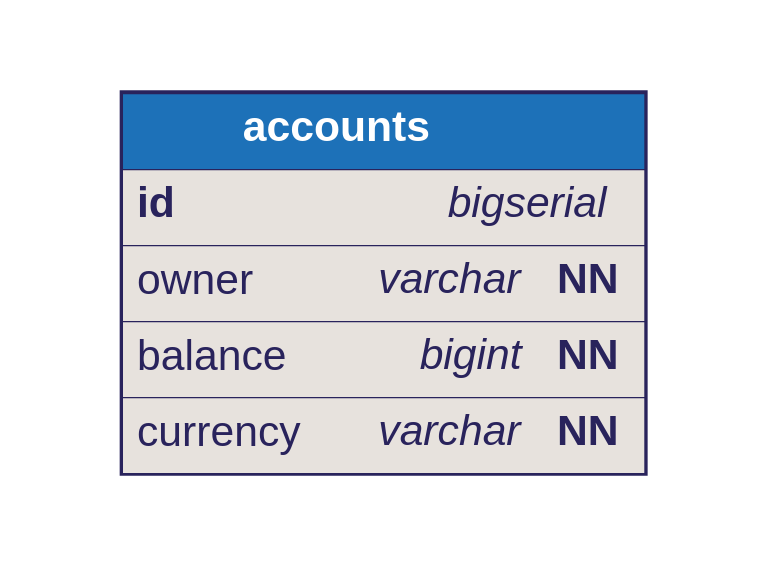
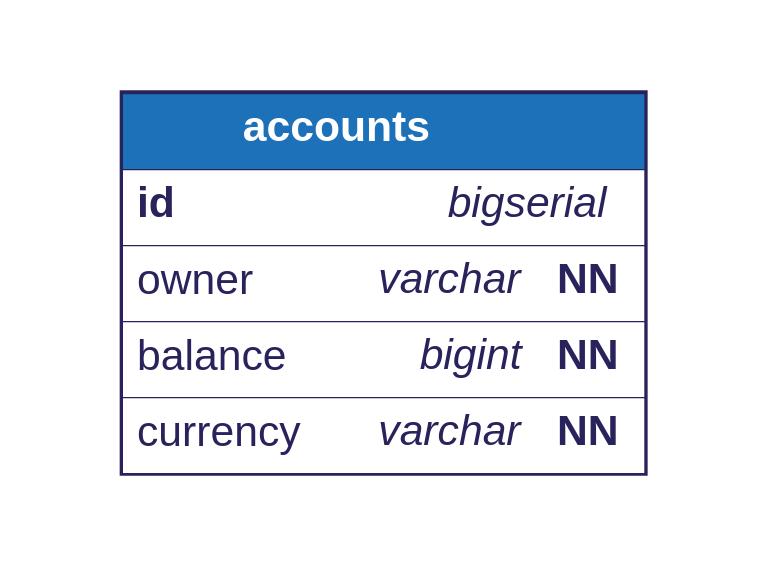
One commit to zenodinh/dbml-renderer changed the diagram in examples/issue-24.dbml.dot. Above: the diagram before and after it, drawn with Graphviz. The commit also changed 52 other files, not shown here.

First line of the commit message:
style: white column backgrounds, clean dbdiagram.io-style theme

```diff
--- a/examples/issue-24.dbml.dot
+++ b/examples/issue-24.dbml.dot
@@ -1,46 +1,46 @@
 digraph dbml {
       rankdir=LR;
       graph [fontname="helvetica", fontsize=32, fontcolor="#29235c", bgcolor="transparent"];
       node [penwidth=0, margin=0, fontname="helvetica", fontsize=32, fontcolor="#29235c"];
       edge [fontname="helvetica", fontsize=32, fontcolor="#29235c", color="#29235c"];
 
       
       
       "accounts" [id="accounts";label=<<TABLE BORDER="2" COLOR="#29235c" CELLBORDER="1" CELLSPACING="0" CELLPADDING="10">
       <TR><TD PORT="f0" BGCOLOR="#1d71b8"><FONT COLOR="#ffffff"><B>       accounts       </B></FONT></TD></TR>
-<TR><TD ALIGN="LEFT" PORT="f1" BGCOLOR="#e7e2dd">
+<TR><TD ALIGN="LEFT" PORT="f1" BGCOLOR="#ffffff">
       <TABLE CELLPADDING="0" CELLSPACING="0" BORDER="0">
         <TR>
           <TD ALIGN="LEFT"><B>id</B>    </TD>
           <TD ALIGN="RIGHT"><FONT><I>bigserial</I></FONT></TD>
         </TR>
       </TABLE>
     </TD></TR>
-<TR><TD ALIGN="LEFT" PORT="f2" BGCOLOR="#e7e2dd">
+<TR><TD ALIGN="LEFT" PORT="f2" BGCOLOR="#ffffff">
       <TABLE CELLPADDING="0" CELLSPACING="0" BORDER="0">
         <TR>
           <TD ALIGN="LEFT">owner    </TD>
           <TD ALIGN="RIGHT"><FONT><I>varchar</I> <B>NN</B></FONT></TD>
         </TR>
       </TABLE>
     </TD></TR>
-<TR><TD ALIGN="LEFT" PORT="f3" BGCOLOR="#e7e2dd">
+<TR><TD ALIGN="LEFT" PORT="f3" BGCOLOR="#ffffff">
       <TABLE CELLPADDING="0" CELLSPACING="0" BORDER="0">
         <TR>
           <TD ALIGN="LEFT">balance    </TD>
           <TD ALIGN="RIGHT"><FONT><I>bigint</I> <B>NN</B></FONT></TD>
         </TR>
       </TABLE>
     </TD></TR>
-<TR><TD ALIGN="LEFT" PORT="f4" BGCOLOR="#e7e2dd">
+<TR><TD ALIGN="LEFT" PORT="f4" BGCOLOR="#ffffff">
       <TABLE CELLPADDING="0" CELLSPACING="0" BORDER="0">
         <TR>
           <TD ALIGN="LEFT">currency    </TD>
           <TD ALIGN="RIGHT"><FONT><I>varchar</I> <B>NN</B></FONT></TD>
         </TR>
       </TABLE>
     </TD></TR>
     </TABLE>>];
       
       
     }
```
